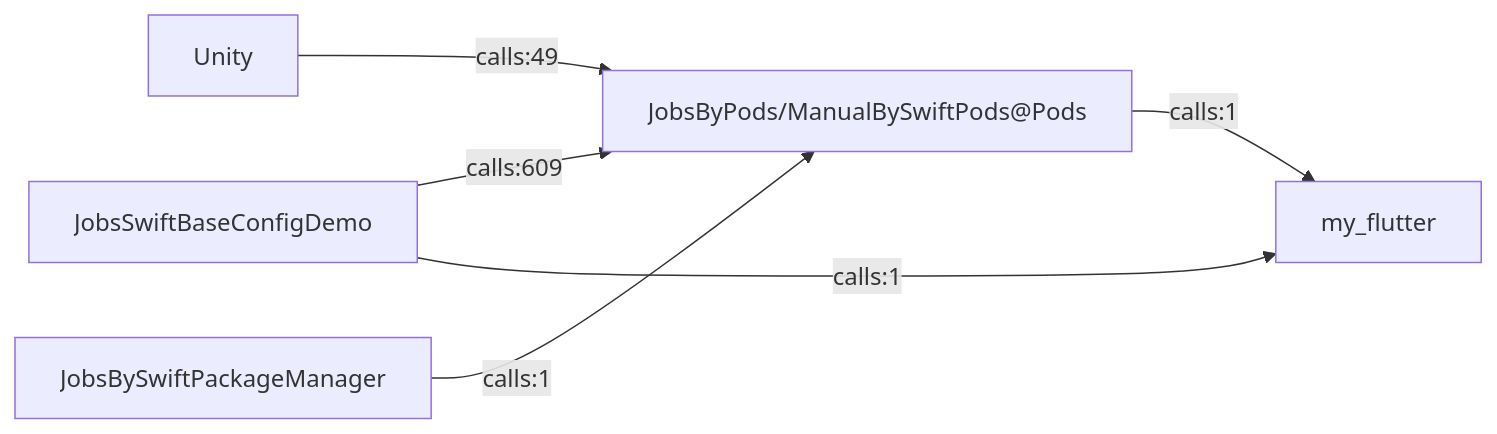
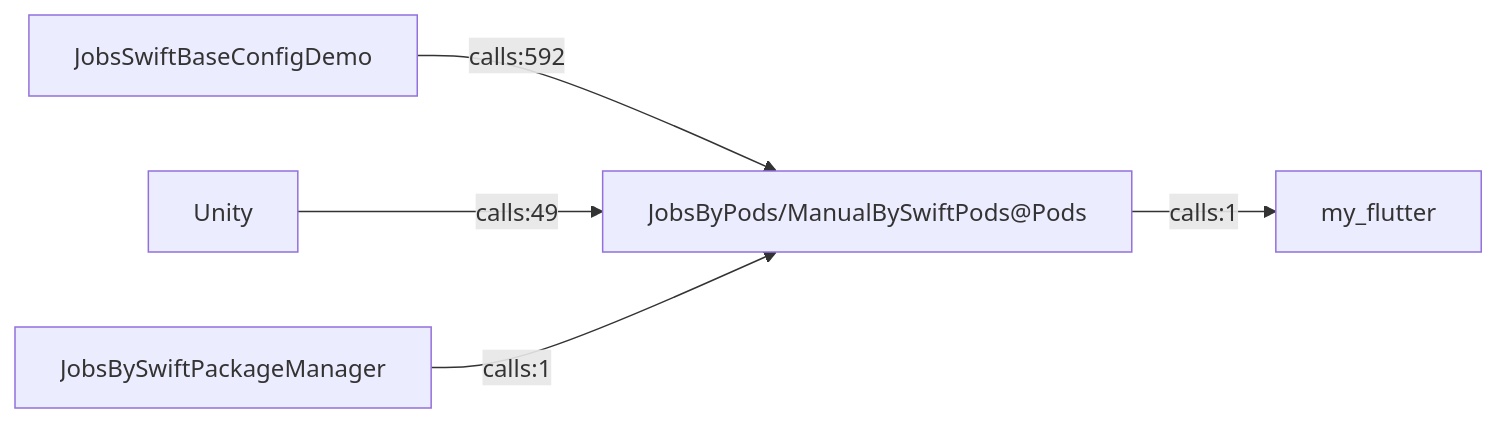
Before and after one commit to JobsKits/JobsSwiftBaseConfigDemo: the diagram in .codegraph/codegraph.md/graphs/模块关联-Top.md, drawn with Mermaid. The commit also changed 61 other files, not shown here.

````diff
--- a/.codegraph/codegraph.md/graphs/模块关联-Top.md
+++ b/.codegraph/codegraph.md/graphs/模块关联-Top.md
@@ -13,13 +13,12 @@
 ```mermaid
 flowchart LR
   M1["JobsSwiftBaseConfigDemo"]
   M2["JobsByPods/ManualBySwiftPods@Pods"]
   M3["Unity"]
   M4["my_flutter"]
   M5["JobsBySwiftPackageManager"]
-  M1 -->|calls:609| M2
+  M1 -->|calls:592| M2
   M3 -->|calls:49| M2
   M2 -->|calls:1| M4
   M5 -->|calls:1| M2
-  M1 -->|calls:1| M4
 ```
````
